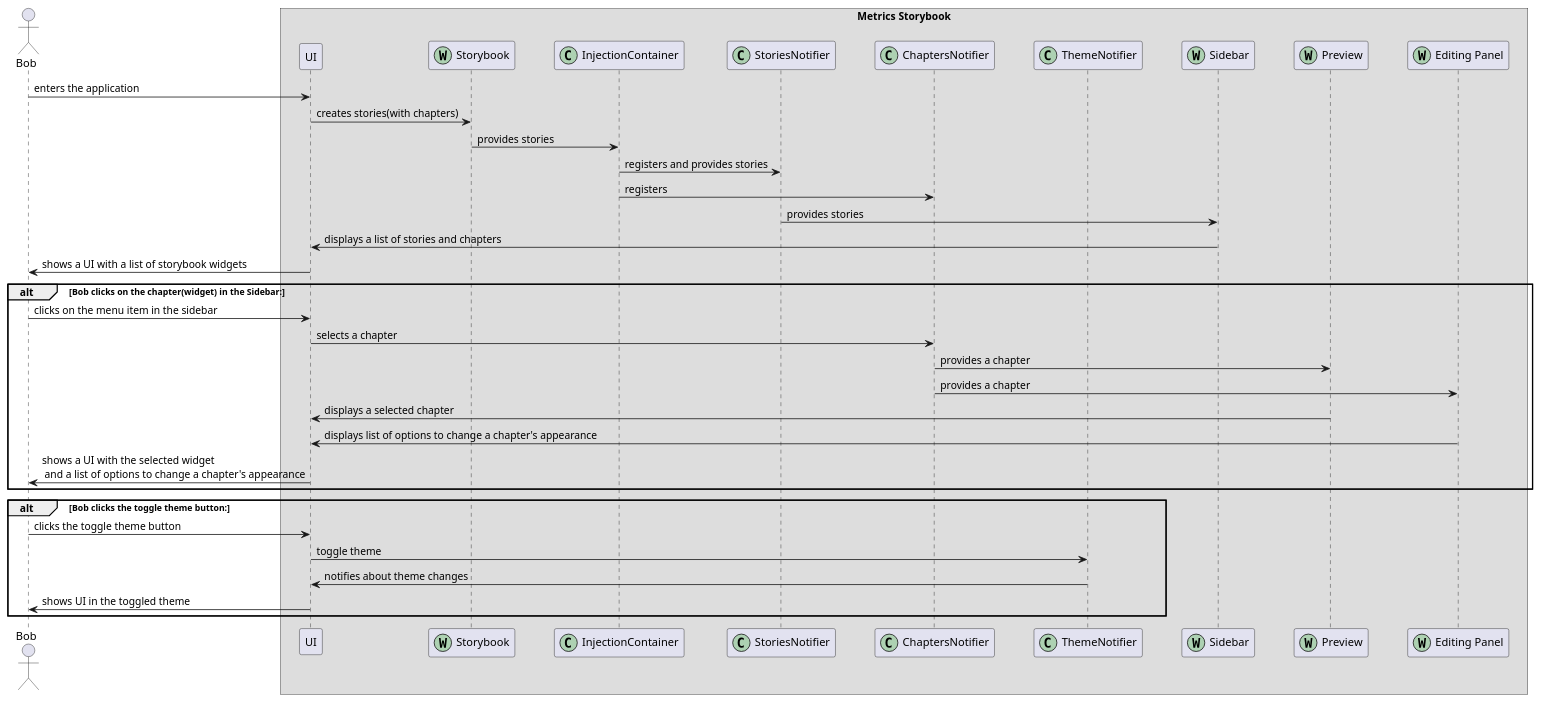
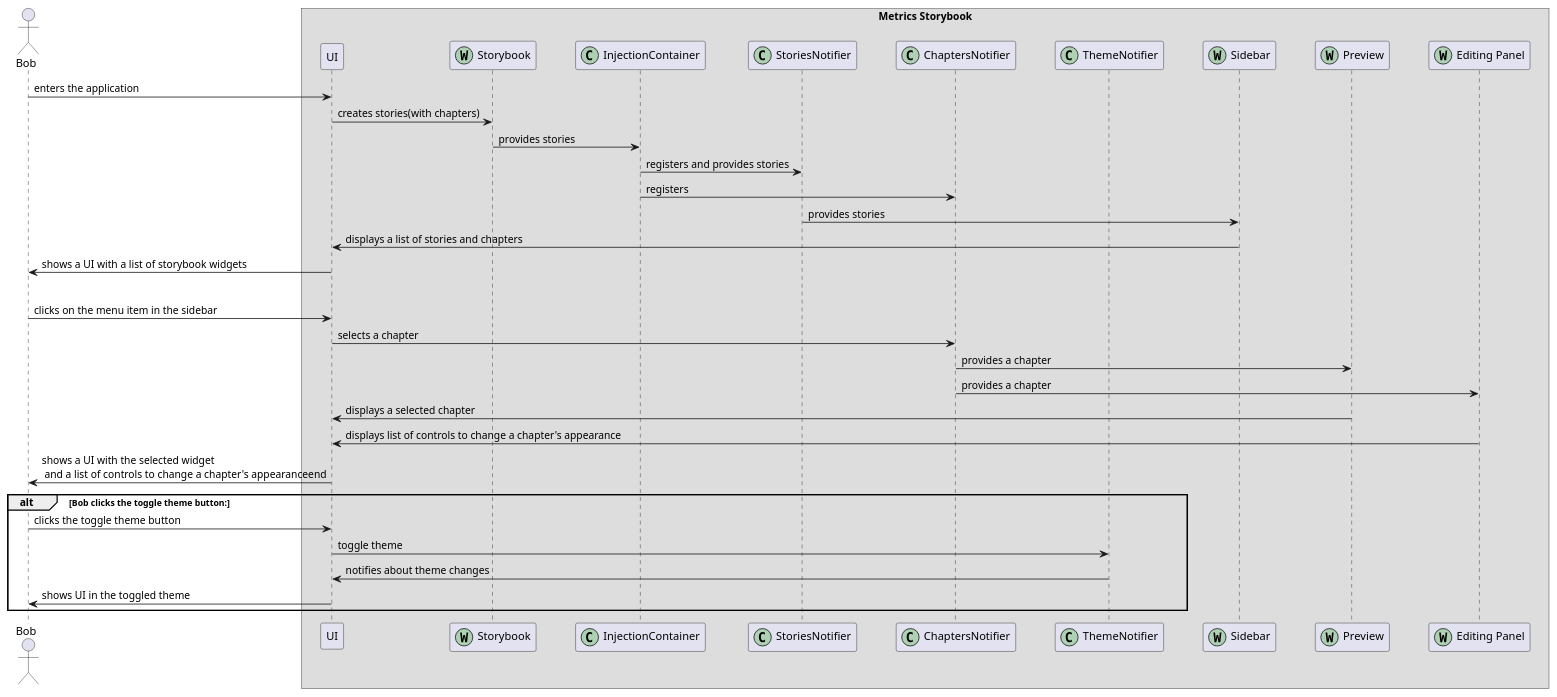
One commit to Flank/flank-dashboard changed the diagram in metrics/web/docs/features/storybook/diagrams/metrics_storybook_sequence_diagram.puml. Above: the diagram before and after it, drawn with PlantUML.

Commit message:
Minor sequence diagram fix

```diff
--- a/metrics/web/docs/features/storybook/diagrams/metrics_storybook_sequence_diagram.puml
+++ b/metrics/web/docs/features/storybook/diagrams/metrics_storybook_sequence_diagram.puml
@@ -1,46 +1,45 @@
 @startuml metrics_storybook_sequence_diagram
 
 skinparam ParticipantPadding 20
 skinparam BoxPadding 10
     
 actor Bob
 
 box "Metrics Storybook"
     participant UI
     participant Storybook << (W,#ADD1B2) >>
     participant InjectionContainer << (C,#ADD1B2) >>
     participant StoriesNotifier << (C,#ADD1B2) >>
     participant ChaptersNotifier << (C,#ADD1B2) >>
     participant ThemeNotifier << (C,#ADD1B2) >>
     participant Sidebar << (W,#ADD1B2) >>
     participant Preview << (W,#ADD1B2) >>
     participant "Editing Panel" as EP << (W,#ADD1B2) >>
 end box
 
 Bob -> UI : enters the application
 UI -> Storybook : creates stories(with chapters)
 Storybook -> InjectionContainer : provides stories
 InjectionContainer -> StoriesNotifier : registers and provides stories
 InjectionContainer -> ChaptersNotifier : registers
 StoriesNotifier -> Sidebar : provides stories
 Sidebar -> UI : displays a list of stories and chapters
 UI -> Bob : shows a UI with a list of storybook widgets
 
 alt Bob clicks on the chapter(widget) in the Sidebar:
     Bob -> UI : clicks on the menu item in the sidebar
     UI -> ChaptersNotifier : selects a chapter
     ChaptersNotifier -> Preview : provides a chapter
     ChaptersNotifier -> EP : provides a chapter
     Preview -> UI : displays a selected chapter
-    EP -> UI : displays list of options to change a chapter's appearance
-    UI -> Bob : shows a UI with the selected widget\n and a list of options to change a chapter's appearance
-end
+    EP -> UI : displays list of controls to change a chapter's appearance
+    UI -> Bob : shows a UI with the selected widget\n and a list of controls to change a chapter's appearanceend
 
 alt Bob clicks the toggle theme button:
     Bob -> UI : clicks the toggle theme button
     UI -> ThemeNotifier : toggle theme
     ThemeNotifier -> UI : notifies about theme changes
     UI -> Bob : shows UI in the toggled theme
 end
 
 @enduml
```
